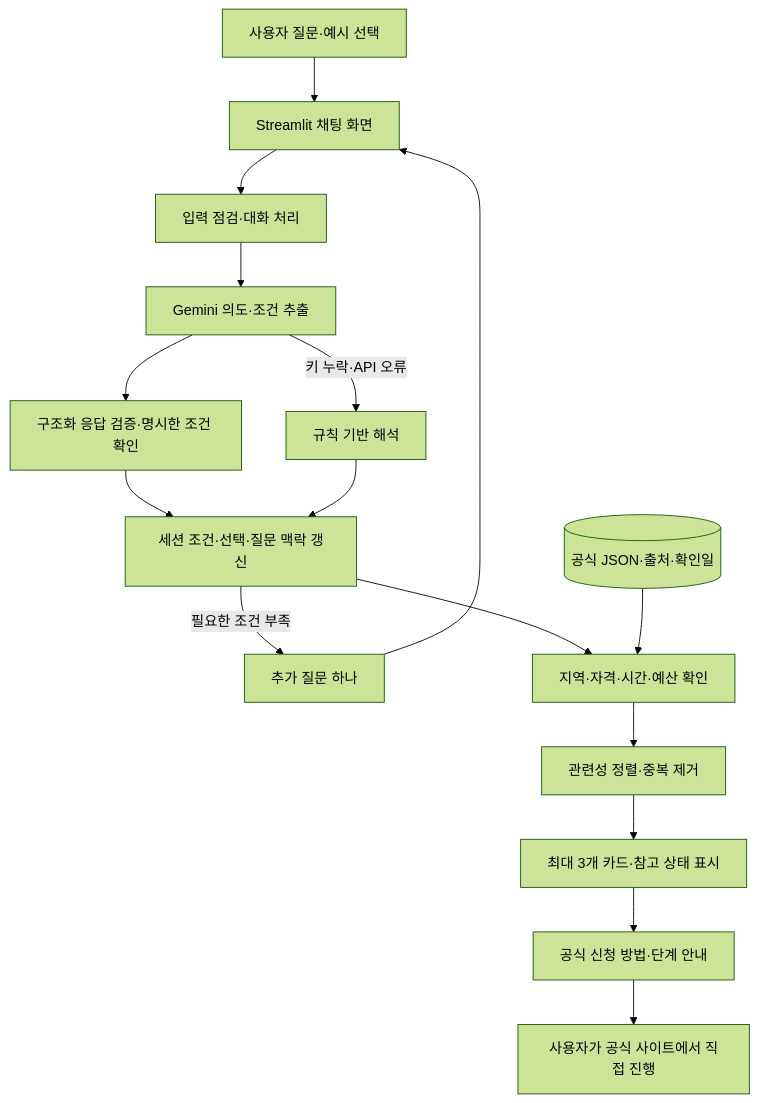
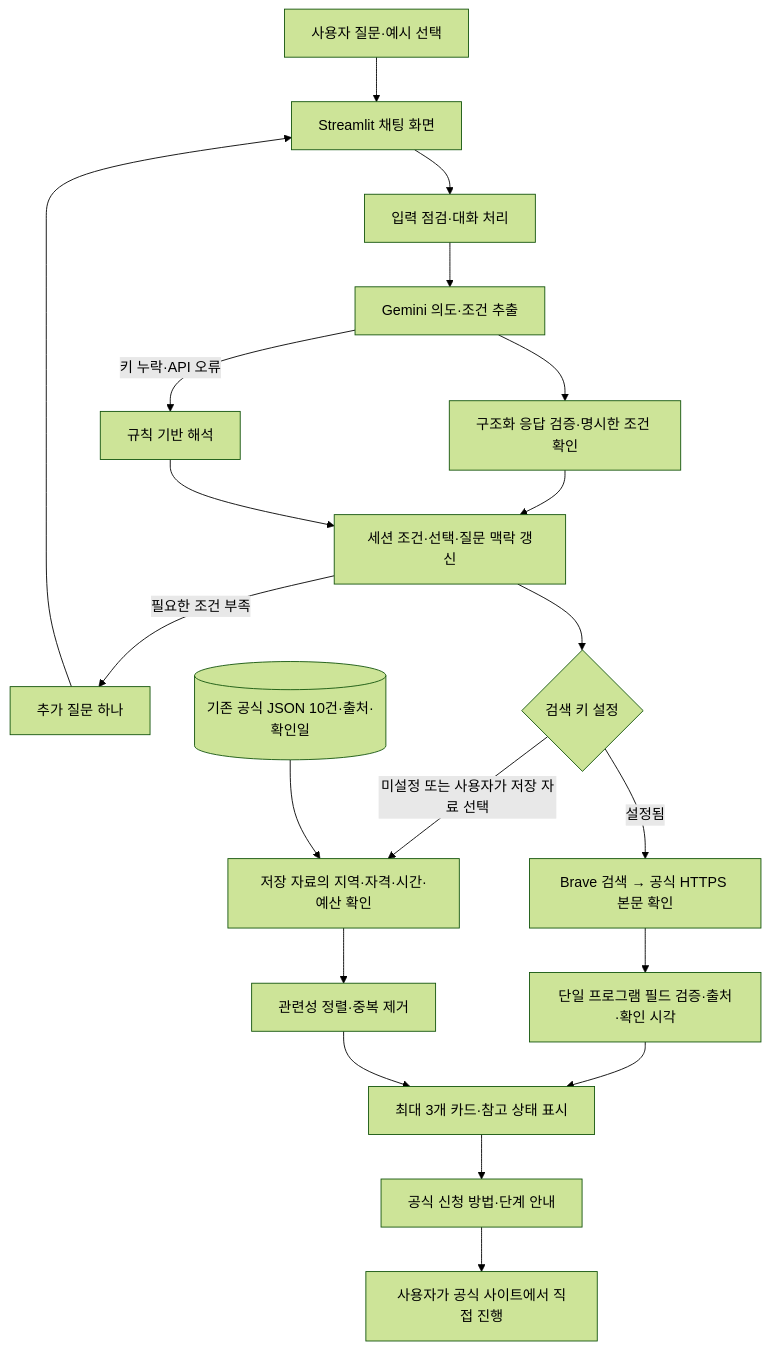
One commit to alstj0606/ieum-ai changed the diagram in README.md. Above: the diagram before and after it, drawn with Mermaid (forest theme). The commit also changed other lines of this file and 28 other files, not shown here.

````diff
--- a/README.md
+++ b/README.md
@@ -71,18 +80,22 @@
 ```mermaid
 flowchart TD
     U[사용자 질문·예시 선택] --> UI[Streamlit 채팅 화면]
     UI --> D[입력 점검·대화 처리]
     D --> G[Gemini 의도·조건 추출]
     G --> V[구조화 응답 검증·명시한 조건 확인]
     G -->|키 누락·API 오류| R[규칙 기반 해석]
     V --> S[세션 조건·선택·질문 맥락 갱신]
     R --> S
     S -->|필요한 조건 부족| Q[추가 질문 하나]
     Q --> UI
-    S --> F[지역·자격·시간·예산 확인]
-    J[(공식 JSON·출처·확인일)] --> F
+    S --> K{검색 키 설정}
+    K -->|설정됨| W[Brave 검색 → 공식 HTTPS 본문 확인]
+    W --> E[단일 프로그램 필드 검증·출처·확인 시각]
+    E --> C
+    K -->|미설정 또는 사용자가 저장 자료 선택| F[저장 자료의 지역·자격·시간·예산 확인]
+    J[(기존 공식 JSON 10건·출처·확인일)] --> F
     F --> P[관련성 정렬·중복 제거]
     P --> C[최대 3개 카드·참고 상태 표시]
     C --> A[공식 신청 방법·단계 안내]
     A --> O[사용자가 공식 사이트에서 직접 진행]
 ```
````
